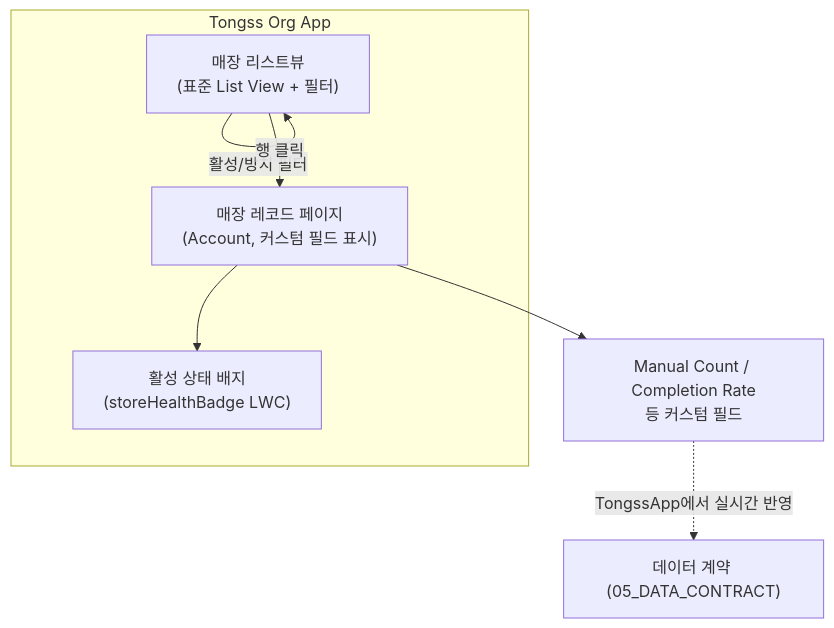
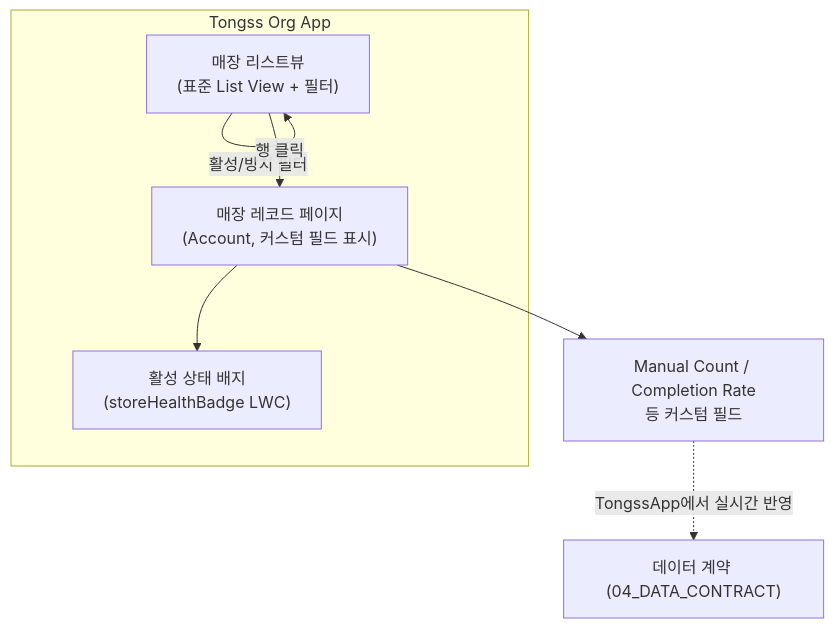
The first of 2 diagrams in TongssOrg/docs/03_USER_FLOW.md (sara6ang/project-starter), drawn with Mermaid before and after one commit. The commit also changed other lines of this file and 40 other files, not shown here.

````diff
--- a/TongssOrg/docs/03_USER_FLOW.md
+++ b/TongssOrg/docs/03_USER_FLOW.md
@@ -11,14 +11,14 @@
 ```mermaid
 flowchart TD
     subgraph SF["Tongss Org App"]
         StoreList["매장 리스트뷰\n(표준 List View + 필터)"]
         StoreDetail["매장 레코드 페이지\n(Account, 커스텀 필드 표시)"]
         Badge["활성 상태 배지\n(storeHealthBadge LWC)"]
     end
 
     StoreList -->|"활성/방치 필터"| StoreList
     StoreList -->|"행 클릭"| StoreDetail
     StoreDetail --> Badge
     StoreDetail --> Fields["Manual Count / Completion Rate\n등 커스텀 필드"]
-    Fields -.->|"TongssApp에서 실시간 반영"| Sync["데이터 계약 (05_DATA_CONTRACT)"]
+    Fields -.->|"TongssApp에서 실시간 반영"| Sync["데이터 계약 (04_DATA_CONTRACT)"]
 ```
````
